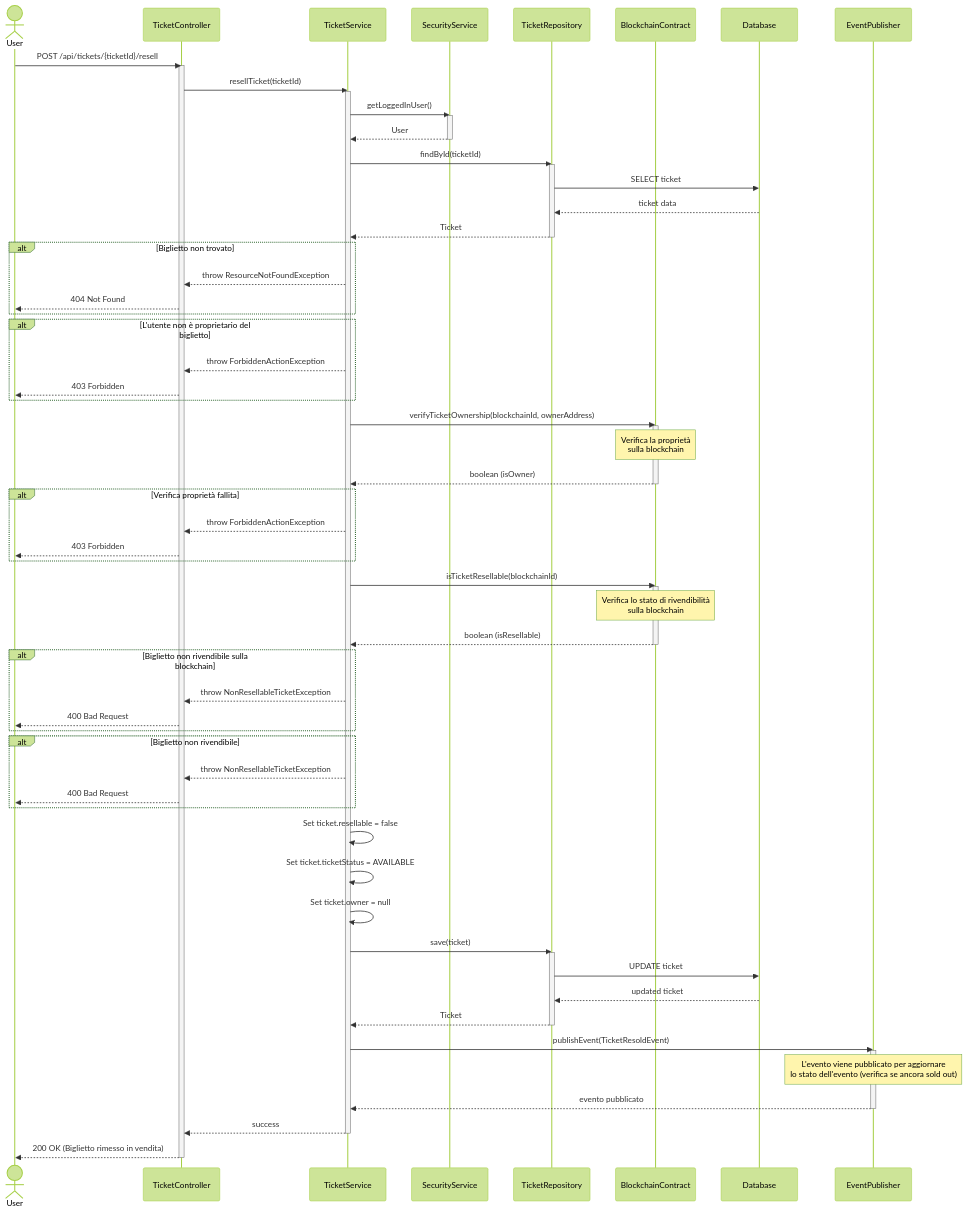
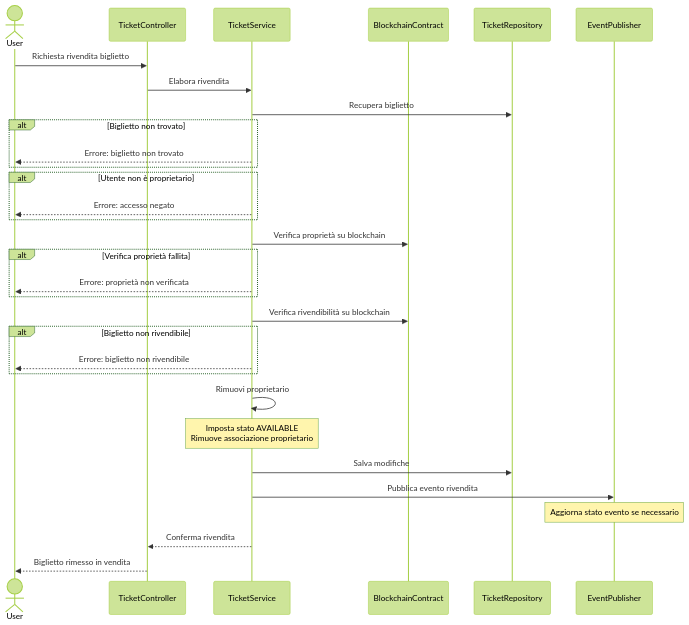
Before and after one commit to s-lusito/TicketBlock-Ing_Sw: the diagram in docs/sequence-ticket-resale.md, drawn with Mermaid (forest theme). The commit also changed 14 other files, not shown here.

Commit message:
Simplify sequence diagrams and add PlantUML versions

````diff
--- a/docs/sequence-ticket-resale.md
+++ b/docs/sequence-ticket-resale.md
@@ -5,88 +5,44 @@
 ```mermaid
 sequenceDiagram
     actor User
-    participant Controller as TicketController
-    participant Service as TicketService
-    participant SecurityService
-    participant TicketRepo as TicketRepository
-    participant TicketContract as BlockchainContract
-    participant DB as Database
+    participant TicketController
+    participant TicketService
+    participant BlockchainContract
+    participant TicketRepository
+    participant EventPublisher
 
-    User->>Controller: POST /api/tickets/{ticketId}/resell
-    activate Controller
+    User->>TicketController: Richiesta rivendita biglietto
+    TicketController->>TicketService: Elabora rivendita
     
-    Controller->>Service: resellTicket(ticketId)
-    activate Service
-    
-    Service->>SecurityService: getLoggedInUser()
-    activate SecurityService
-    SecurityService-->>Service: User
-    deactivate SecurityService
-    
-    Service->>TicketRepo: findById(ticketId)
-    activate TicketRepo
-    TicketRepo->>DB: SELECT ticket
-    DB-->>TicketRepo: ticket data
-    TicketRepo-->>Service: Ticket
-    deactivate TicketRepo
+    TicketService->>TicketRepository: Recupera biglietto
     
     alt Biglietto non trovato
-        Service-->>Controller: throw ResourceNotFoundException
-        Controller-->>User: 404 Not Found
+        TicketService-->>User: Errore: biglietto non trovato
     end
     
-    alt L'utente non è proprietario del biglietto
-        Service-->>Controller: throw ForbiddenActionException
-        Controller-->>User: 403 Forbidden
+    alt Utente non è proprietario
+        TicketService-->>User: Errore: accesso negato
     end
     
-    Service->>TicketContract: verifyTicketOwnership(blockchainId, ownerAddress)
-    activate TicketContract
-    Note over TicketContract: Verifica la proprietà<br/>sulla blockchain
-    TicketContract-->>Service: boolean (isOwner)
-    deactivate TicketContract
+    TicketService->>BlockchainContract: Verifica proprietà su blockchain
     
     alt Verifica proprietà fallita
-        Service-->>Controller: throw ForbiddenActionException
-        Controller-->>User: 403 Forbidden
+        TicketService-->>User: Errore: proprietà non verificata
     end
     
-    Service->>TicketContract: isTicketResellable(blockchainId)
-    activate TicketContract
-    Note over TicketContract: Verifica lo stato di rivendibilità<br/>sulla blockchain
-    TicketContract-->>Service: boolean (isResellable)
-    deactivate TicketContract
+    TicketService->>BlockchainContract: Verifica rivendibilità su blockchain
     
-    alt Biglietto non rivendibile sulla blockchain
-        Service-->>Controller: throw NonResellableTicketException
-        Controller-->>User: 400 Bad Request
+    alt Biglietto non rivendibile
+        TicketService-->>User: Errore: biglietto non rivendibile
     end
     
-    alt Biglietto non rivendibile
-        Service-->>Controller: throw NonResellableTicketException
-        Controller-->>User: 400 Bad Request
-    end
+    TicketService->>TicketService: Rimuovi proprietario
+    Note over TicketService: Imposta stato AVAILABLE<br/>Rimuove associazione proprietario
     
-    Service->>Service: Set ticket.resellable = false
-    Service->>Service: Set ticket.ticketStatus = AVAILABLE
-    Service->>Service: Set ticket.owner = null
+    TicketService->>TicketRepository: Salva modifiche
+    TicketService->>EventPublisher: Pubblica evento rivendita
+    Note over EventPublisher: Aggiorna stato evento se necessario
     
-    Service->>TicketRepo: save(ticket)
-    activate TicketRepo
-    TicketRepo->>DB: UPDATE ticket
-    DB-->>TicketRepo: updated ticket
-    TicketRepo-->>Service: Ticket
-    deactivate TicketRepo
-    
-    Service->>EventPublisher: publishEvent(TicketResoldEvent)
-    activate EventPublisher
-    Note over EventPublisher: L'evento viene pubblicato per aggiornare<br/>lo stato dell'evento (verifica se ancora sold out)
-    EventPublisher-->>Service: evento pubblicato
-    deactivate EventPublisher
-    
-    Service-->>Controller: success
-    deactivate Service
-    
-    Controller-->>User: 200 OK (Biglietto rimesso in vendita)
-    deactivate Controller
+    TicketService-->>TicketController: Conferma rivendita
+    TicketController-->>User: Biglietto rimesso in vendita
 ```
````
